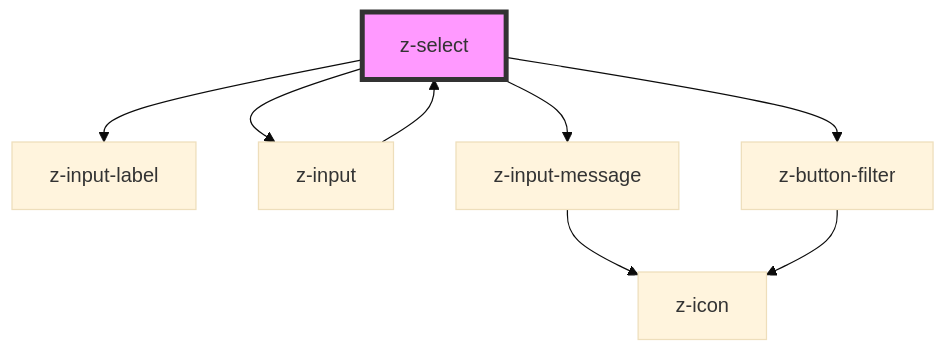
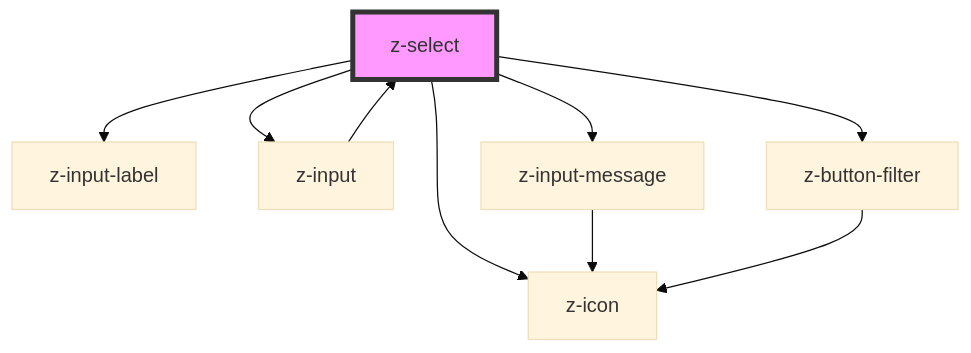
One commit to ZanichelliEditore/design-system changed the diagram in src/components/inputs/z-select/readme.md. Above: the diagram before and after it, drawn with Mermaid (base theme). The commit also changed other lines of this file and 5 other files, not shown here.

````diff
--- a/src/components/inputs/z-select/readme.md
+++ b/src/components/inputs/z-select/readme.md
@@ -82,11 +84,12 @@
 ```mermaid
 graph TD;
   z-select --> z-input-label
   z-select --> z-input
   z-select --> z-button-filter
+  z-select --> z-icon
   z-select --> z-input-message
   z-input --> z-select
   z-input-message --> z-icon
   z-button-filter --> z-icon
   style z-select fill:#f9f,stroke:#333,stroke-width:4px
 ```
````
